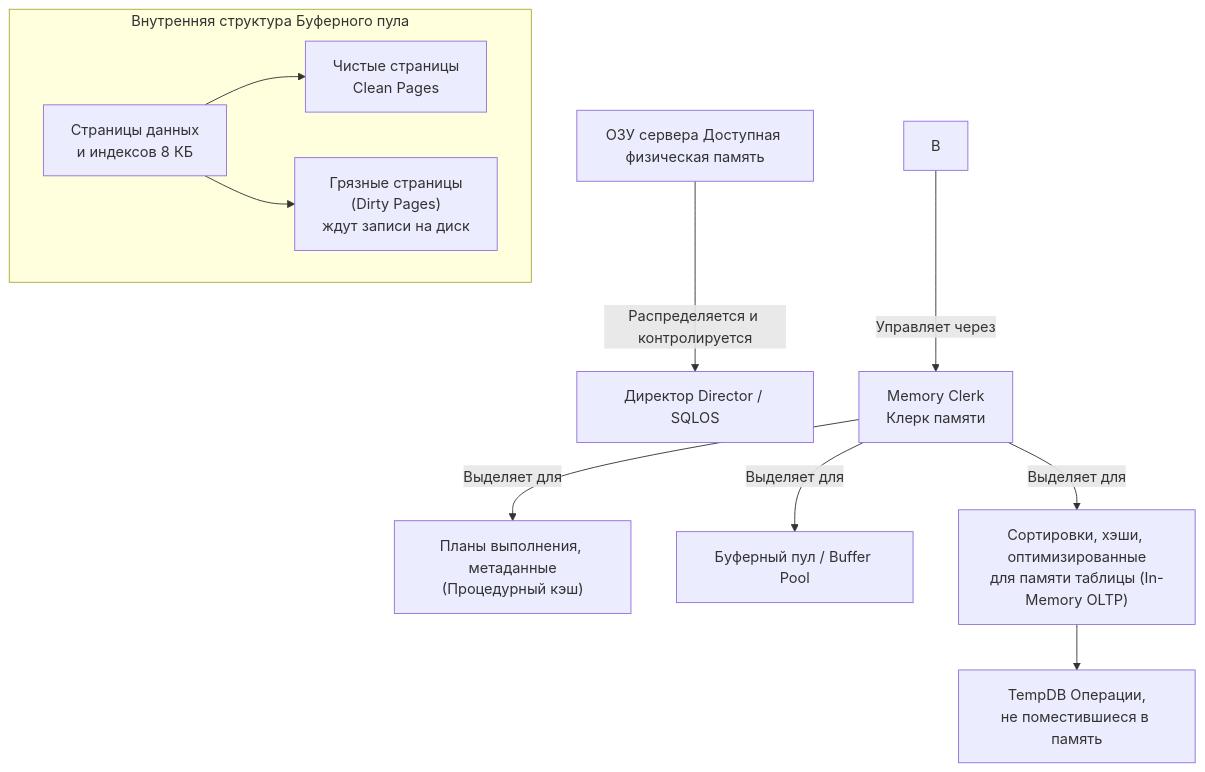
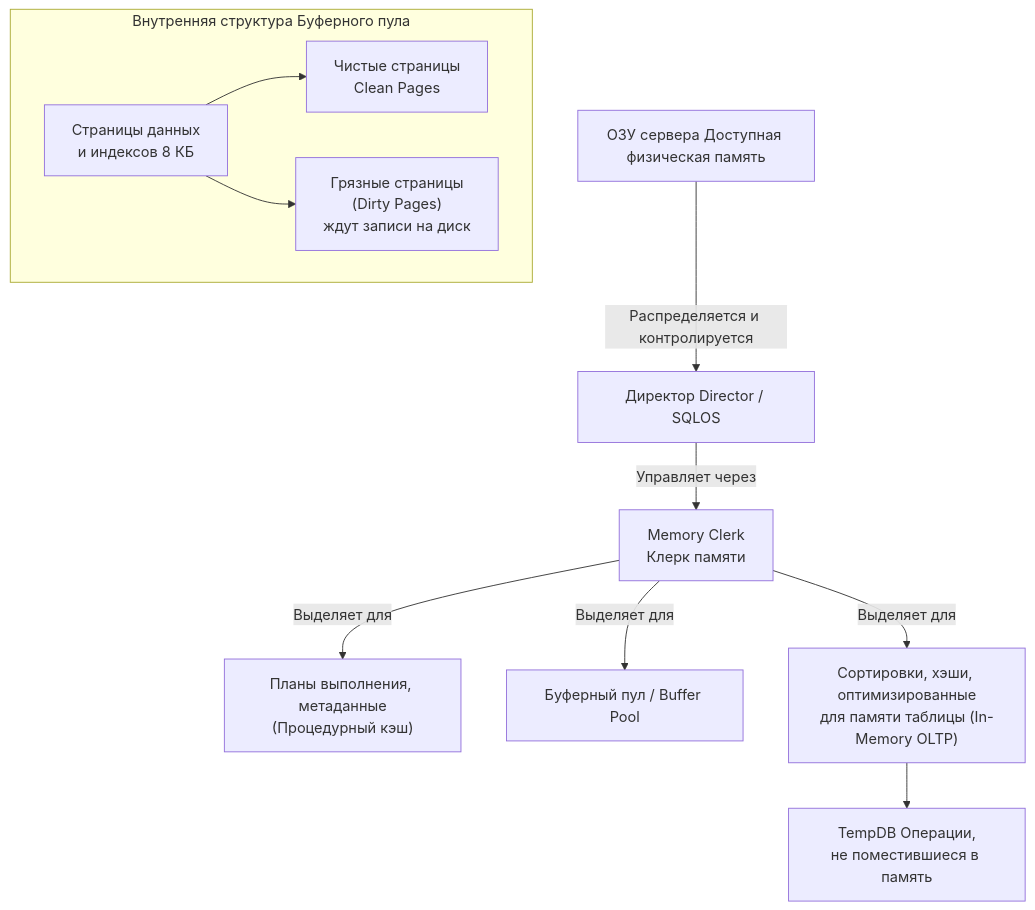
Before and after one commit to AV-ghub/MSSQL: the diagram in FAQ/017 Структура памяти.md, drawn with Mermaid.

Commit message:
Update 017 Структура памяти.md

````diff
--- a/FAQ/017 Структура памяти.md
+++ b/FAQ/017 Структура памяти.md
@@ -5,18 +5,18 @@
 ```mermaid
 flowchart TD
-    A[ОЗУ сервера Доступная физическая память] --> |Распределяется и контролируется| В[Директор Director / SQLOS]
+    A[ОЗУ сервера Доступная физическая память] --> |Распределяется и контролируется| B[Директор Director / SQLOS]
 
     B -->|Управляет через| C[Memory Clerk<br>Клерк памяти]
     
     C -->|Выделяет для| D["Планы выполнения, метаданные<br>(Процедурный кэш)"]
     C -->|Выделяет для| E[Буферный пул / Buffer Pool]
     C -->|Выделяет для| F["Сортировки, хэши, оптимизированные<br>для памяти таблицы (In-Memory OLTP)"]
 
     subgraph E_sub [Внутренняя структура Буферного пула]
         direction LR
         E1[Страницы данных<br>и индексов 8 КБ] --> E2[Чистые страницы<br>Clean Pages]
         E1 --> E3["Грязные страницы<br>(Dirty Pages)<br>ждут записи на диск"]
     end
     
     F --> G[TempDB Операции,<br>не поместившиеся в память]
 ```
````
